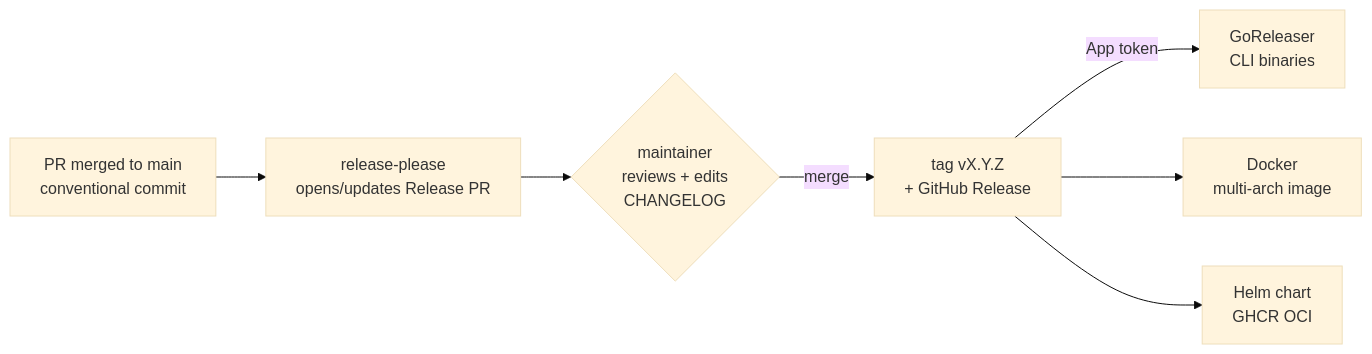
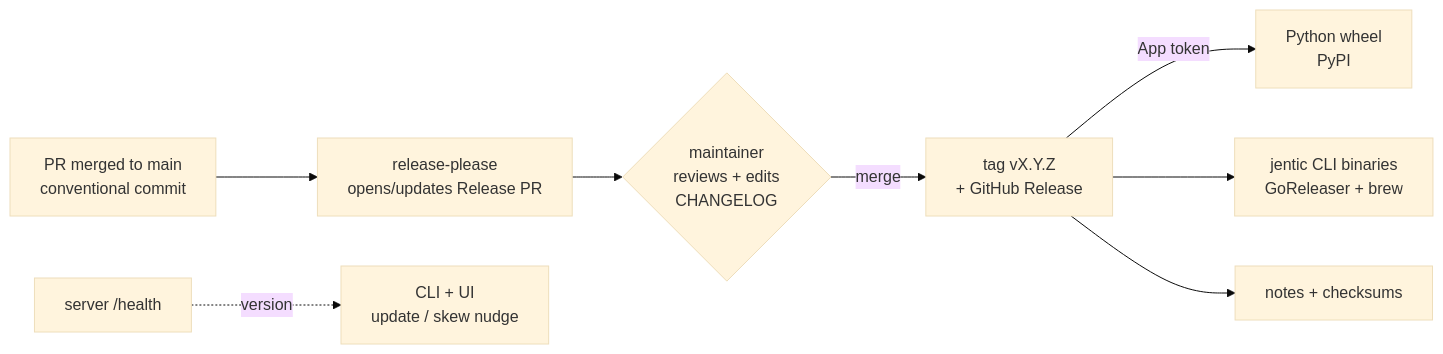
The diagram in docs/plans/release-procedure.md (jentic/jentic-one), drawn with Mermaid (base theme) before and after one commit. The commit also changed other lines of this file, not shown here.

````diff
--- a/docs/plans/release-procedure.md
+++ b/docs/plans/release-procedure.md
@@ -9,9 +9,10 @@
 ```mermaid
 flowchart LR
     A[PR merged to main<br/>conventional commit] --> B[release-please<br/>opens/updates Release PR]
     B --> C{maintainer<br/>reviews + edits<br/>CHANGELOG}
     C -->|merge| D[tag vX.Y.Z<br/>+ GitHub Release]
-    D -->|App token| E[GoReleaser<br/>CLI binaries]
-    D --> F[Docker<br/>multi-arch image]
-    D --> G[Helm chart<br/>GHCR OCI]
+    D -->|App token| E[Python wheel<br/>PyPI]
+    D --> F[jentic CLI binaries<br/>GoReleaser + brew]
+    D --> G[notes + checksums]
+    H[server /health] -. version .-> I[CLI + UI<br/>update / skew nudge]
 ```
````
